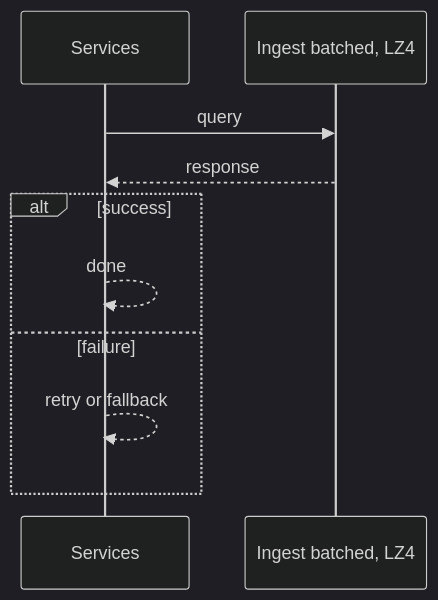
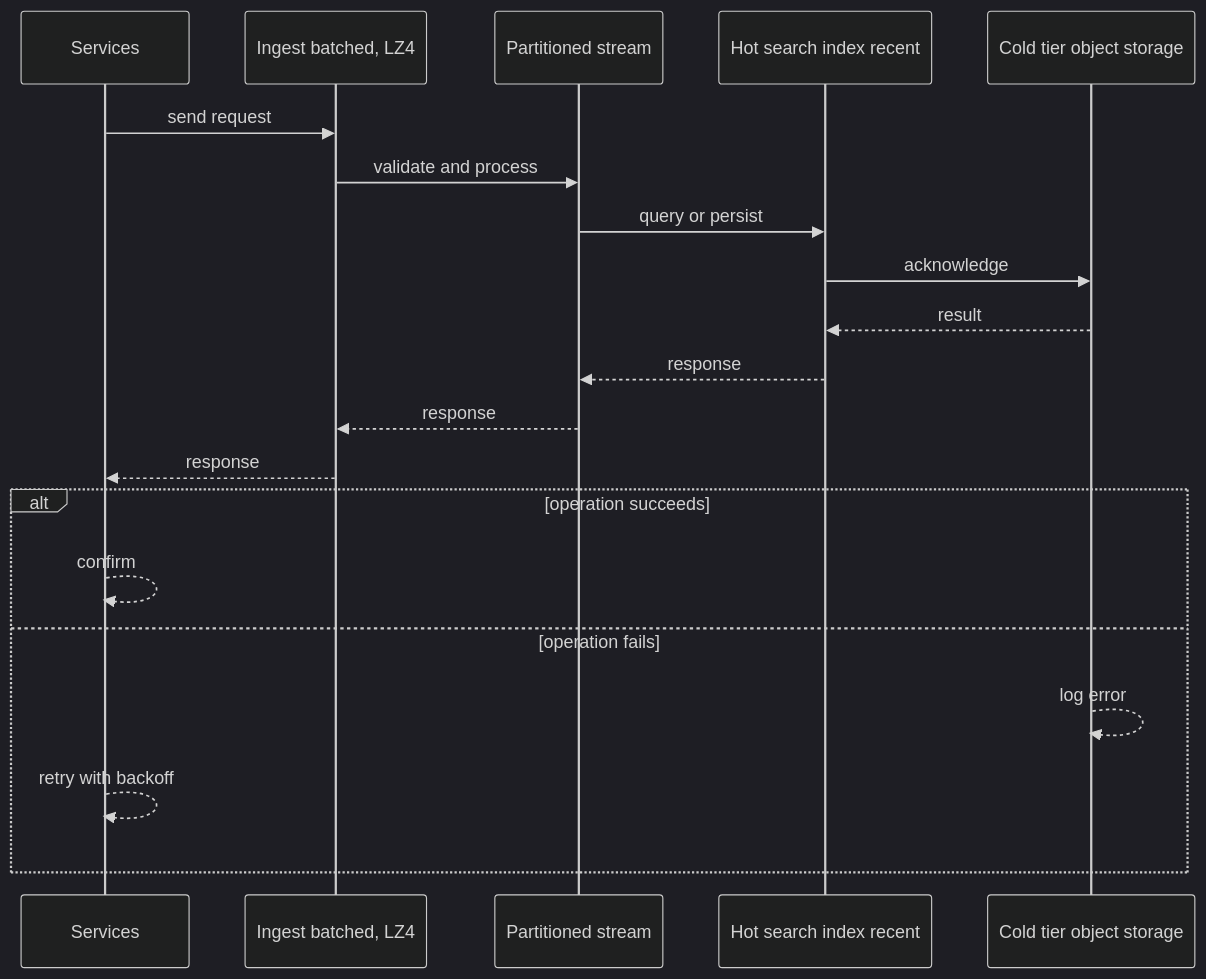
One commit to RIT-MESH/system-design-mastery changed the second of 4 diagrams in case-studies/intermediate/logging-platform.md. Above: the diagram before and after it, drawn with Mermaid (dark theme). The commit also changed other lines of this file and 64 other files, not shown here.

````diff
--- a/case-studies/intermediate/logging-platform.md
+++ b/case-studies/intermediate/logging-platform.md
@@ -72,13 +64,23 @@
 ```mermaid
 %% created-for: system-design-mastery
 sequenceDiagram
-  participant P0 as Services
-  participant P1 as Ingest batched, LZ4
-  P0 ->> P1: query
-  P1 -->> P0: response
-  alt success
-    P0 -->> P0: done
-  else failure
-    P0 -->> P0: retry or fallback
+  participant C0 as Services
+  participant C1 as Ingest batched, LZ4
+  participant C2 as Partitioned stream
+  participant C3 as Hot search index recent
+  participant C4 as Cold tier object storage
+  C0 ->> C1: send request
+  C1 ->> C2: validate and process
+  C2 ->> C3: query or persist
+  C3 ->> C4: acknowledge
+  C4 -->> C3: result
+  C3 -->> C2: response
+  C2 -->> C1: response
+  C1 -->> C0: response
+  alt operation succeeds
+    C0 -->> C0: confirm
+  else operation fails
+    C4 -->> C4: log error
+    C0 -->> C0: retry with backoff
   end
 ```
````
